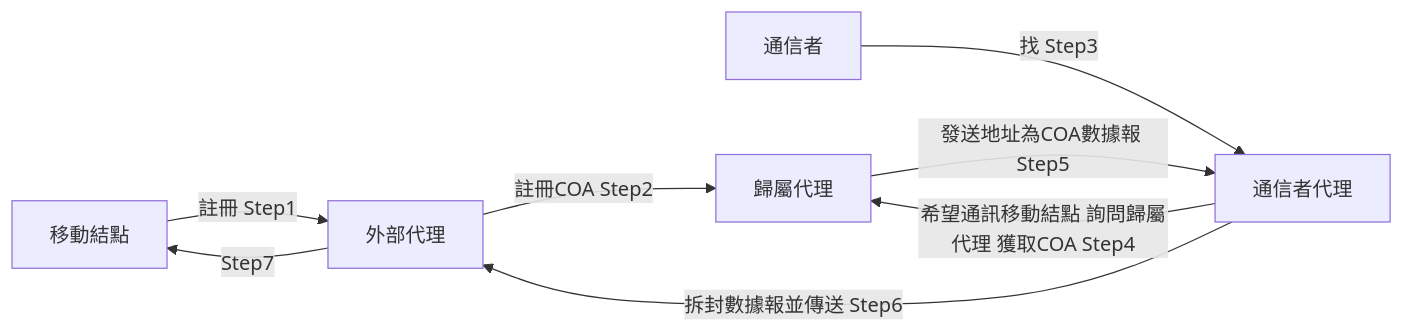
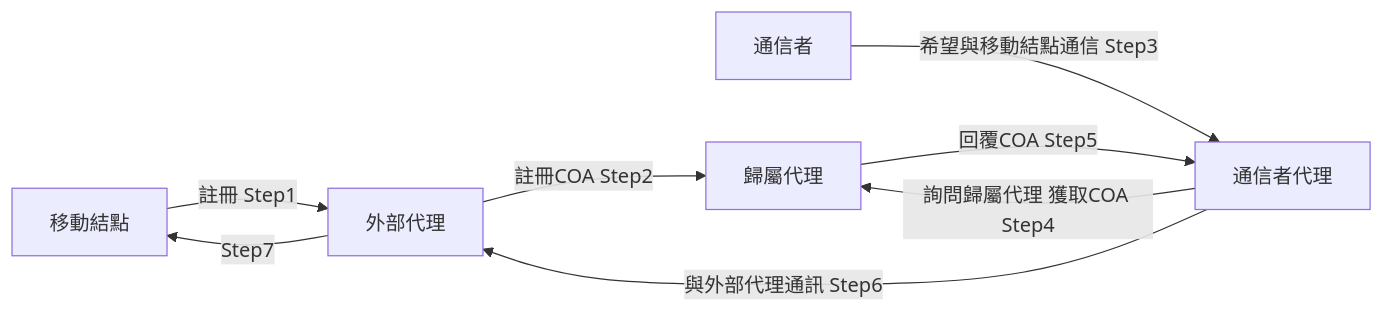
One commit to chchoiw/chchoiw.github.io changed the sixth of 6 diagrams in _posts/2021-07-21-04741-internet.md. Above: the diagram before and after it, drawn with Mermaid.

````diff
--- a/_posts/2021-07-21-04741-internet.md
+++ b/_posts/2021-07-21-04741-internet.md
@@ -732,10 +732,10 @@
 ```mermaid
 graph LR
     A[移動結點] -- 註冊 Step1 -->  B[外部代理];
     B-- 註冊COA Step2-->C[歸屬代理]
-    E[通信者] -- 找 Step3-->D[通信者代理]
-    D -- 希望通訊移動結點 詢問歸屬代理 獲取COA Step4-->C
-    C--發送地址為COA數據報 Step5-->D
-    D-- 拆封數據報並傳送 Step6-->B
+    E[通信者] -- 希望與移動結點通信 Step3-->D[通信者代理]
+    D -- 詢問歸屬代理 獲取COA Step4-->C
+    C-- 回覆COA Step5-->D
+    D-- 與外部代理通訊 Step6-->B
     B-- Step7-->A
 ```
````
